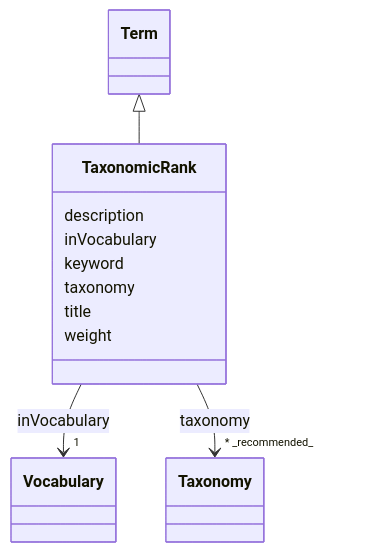
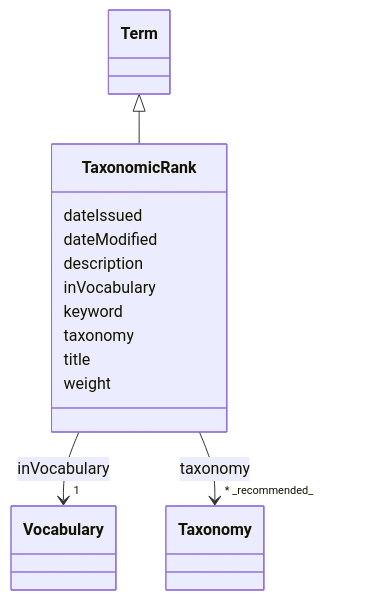
One commit to EVORA-project/evora-ontology changed the diagram in models/docs/TaxonomicRank.md. Above: the diagram before and after it, drawn with Mermaid. The commit also changed other lines of this file and 377 other files, not shown here.

````diff
--- a/models/docs/TaxonomicRank.md
+++ b/models/docs/TaxonomicRank.md
@@ -19,35 +19,39 @@
 ```mermaid
  classDiagram
     class TaxonomicRank
     click TaxonomicRank href "../TaxonomicRank"
       Term <|-- TaxonomicRank
         click Term href "../Term"
       
+      TaxonomicRank : dateIssued
+        
+      TaxonomicRank : dateModified
+        
       TaxonomicRank : description
         
       TaxonomicRank : inVocabulary
         
           
     
     
     TaxonomicRank --> "1" Vocabulary : inVocabulary
     click Vocabulary href "../Vocabulary"
 
         
       TaxonomicRank : keyword
         
       TaxonomicRank : taxonomy
         
           
     
     
     TaxonomicRank --> "* _recommended_" Taxonomy : taxonomy
     click Taxonomy href "../Taxonomy"
 
         
       TaxonomicRank : title
         
       TaxonomicRank : weight
         
       
 ```
````
